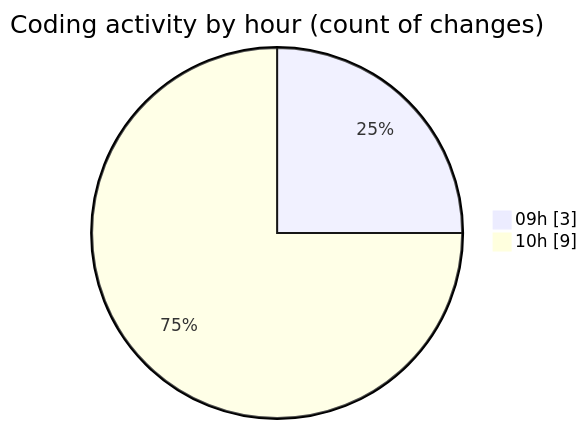
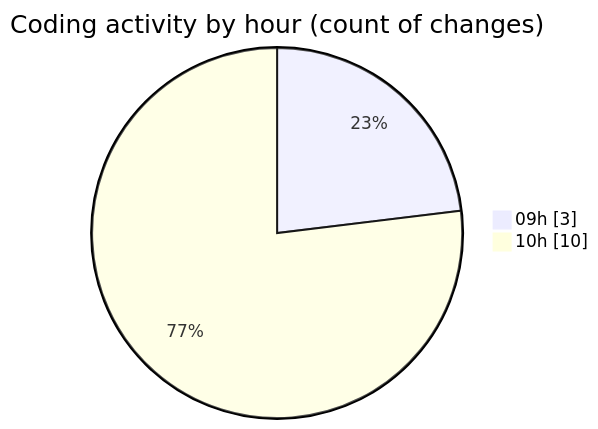
The second of 2 diagrams in 2026-01-26/cda/README.md (momahboobian/code-tracking), drawn with Mermaid before and after one commit. The commit also changed other lines of this file and 1 other file, not shown here.

````diff
--- a/2026-01-26/cda/README.md
+++ b/2026-01-26/cda/README.md
@@ -34,6 +35,6 @@
 ```mermaid
 pie showData
 title Coding activity by hour (count of changes)
 "09h" : 3
-"10h" : 9
+"10h" : 10
 ```
````
